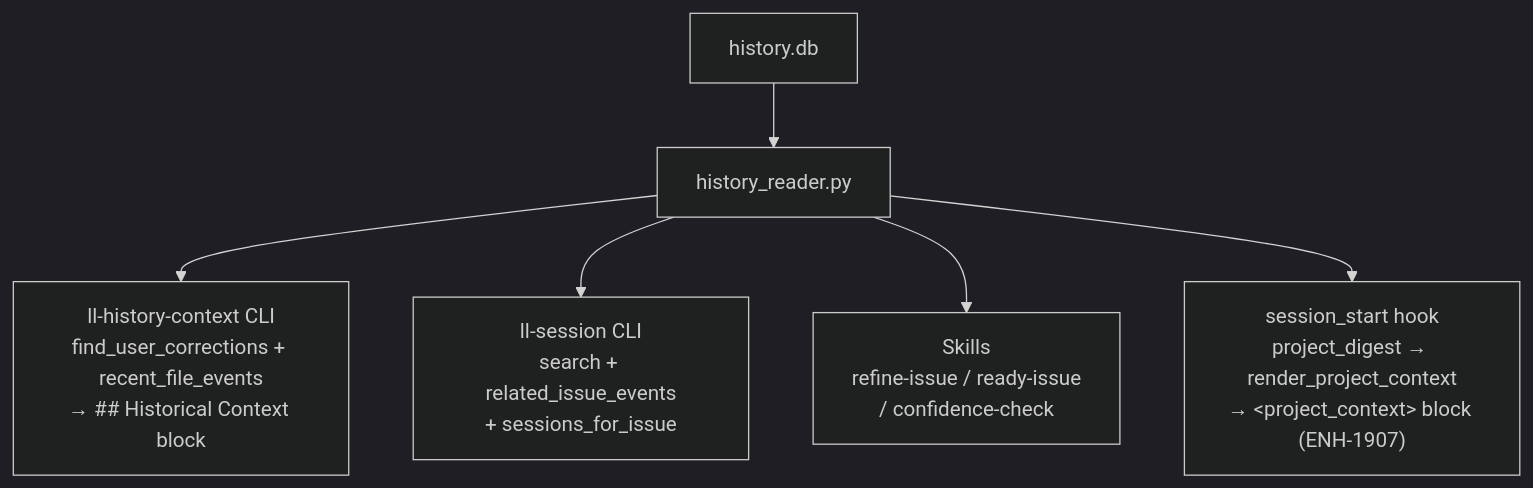
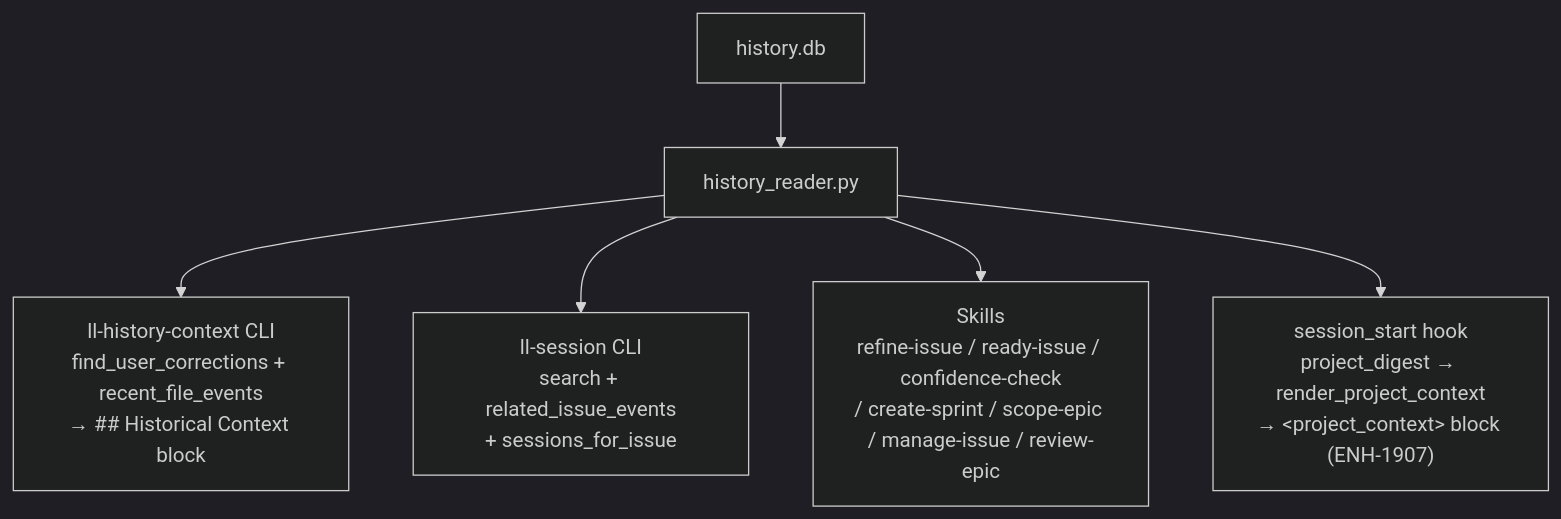
The sixth of 16 diagrams in docs/ARCHITECTURE.md (BrennonTWilliams/little-loops), drawn with Mermaid (dark theme) before and after one commit. The commit also changed other lines of this file and 14 other files, not shown here.

````diff
--- a/docs/ARCHITECTURE.md
+++ b/docs/ARCHITECTURE.md
@@ -616,10 +616,10 @@
 ```mermaid
 flowchart TB
     DB[history.db]
     HR[history_reader.py]
     DB --> HR
     HR --> HC["ll-history-context CLI<br/>find_user_corrections + recent_file_events<br/>→ ## Historical Context block"]
     HR --> LS["ll-session CLI<br/>search + related_issue_events<br/>+ sessions_for_issue"]
-    HR --> SK["Skills<br/>refine-issue / ready-issue<br/>/ confidence-check"]
+    HR --> SK["Skills<br/>refine-issue / ready-issue / confidence-check<br/>/ create-sprint / scope-epic / manage-issue / review-epic"]
     HR --> SS2["session_start hook<br/>project_digest → render_project_context<br/>→ &lt;project_context&gt; block (ENH-1907)"]
 ```
````
